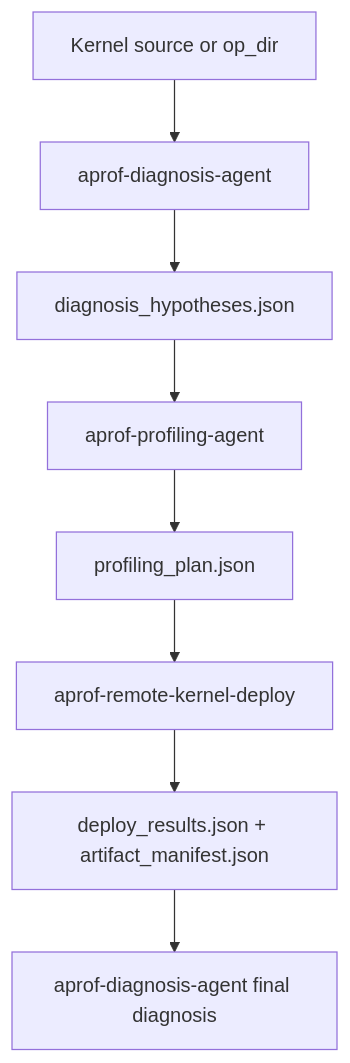
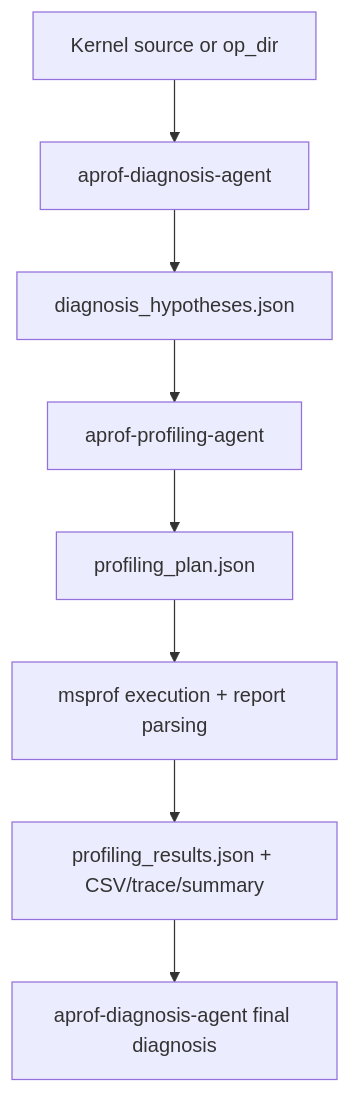
The diagram in plugins/aprof-performance-workflow/workflows/aprof-performance-workflow.md (jieran-zhang/Aprof), drawn with Mermaid before and after one commit. The commit also changed other lines of this file and 180 other files, not shown here.

Commit message:
feat: add AProf diagnosis rules and fast gelu cases

````diff
--- a/plugins/aprof-performance-workflow/workflows/aprof-performance-workflow.md
+++ b/plugins/aprof-performance-workflow/workflows/aprof-performance-workflow.md
@@ -7,10 +7,10 @@
 ```mermaid
 flowchart TD
   KernelInput["Kernel source or op_dir"] --> DiagnosisAgent["aprof-diagnosis-agent"]
   DiagnosisAgent --> Hypotheses["diagnosis_hypotheses.json"]
   Hypotheses --> ProfilingAgent["aprof-profiling-agent"]
   ProfilingAgent --> ProfilingPlan["profiling_plan.json"]
-  ProfilingPlan --> RemoteAgent["aprof-remote-kernel-deploy"]
-  RemoteAgent --> Artifacts["deploy_results.json + artifact_manifest.json"]
-  Artifacts --> FinalDiagnosis["aprof-diagnosis-agent final diagnosis"]
+  ProfilingPlan --> ProfilingRun["msprof execution + report parsing"]
+  ProfilingRun --> ProfilingResults["profiling_results.json + CSV/trace/summary"]
+  ProfilingResults --> FinalDiagnosis["aprof-diagnosis-agent final diagnosis"]
 ```
````
